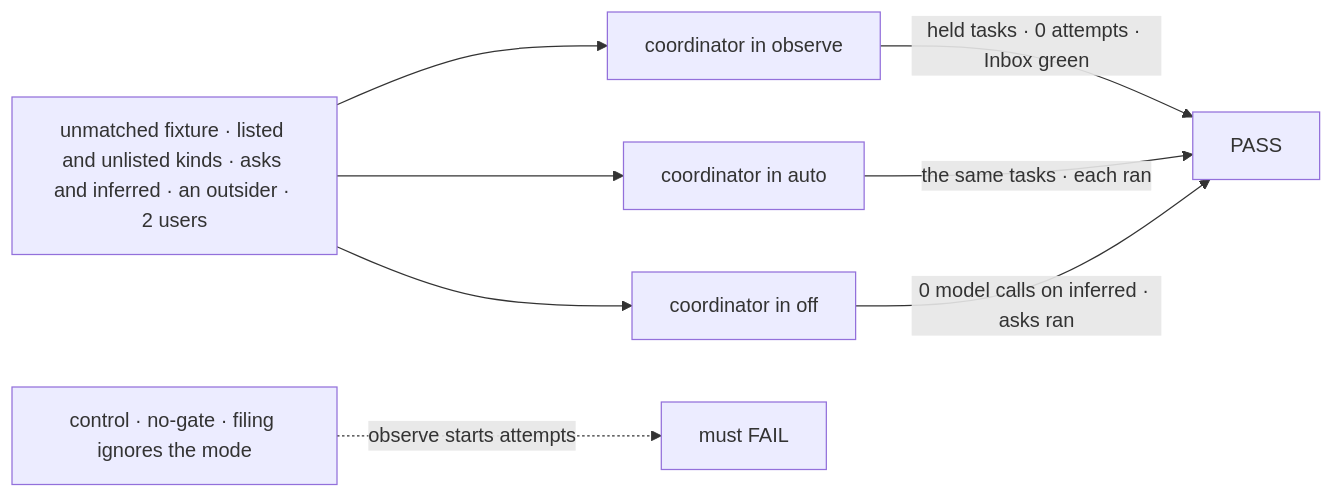
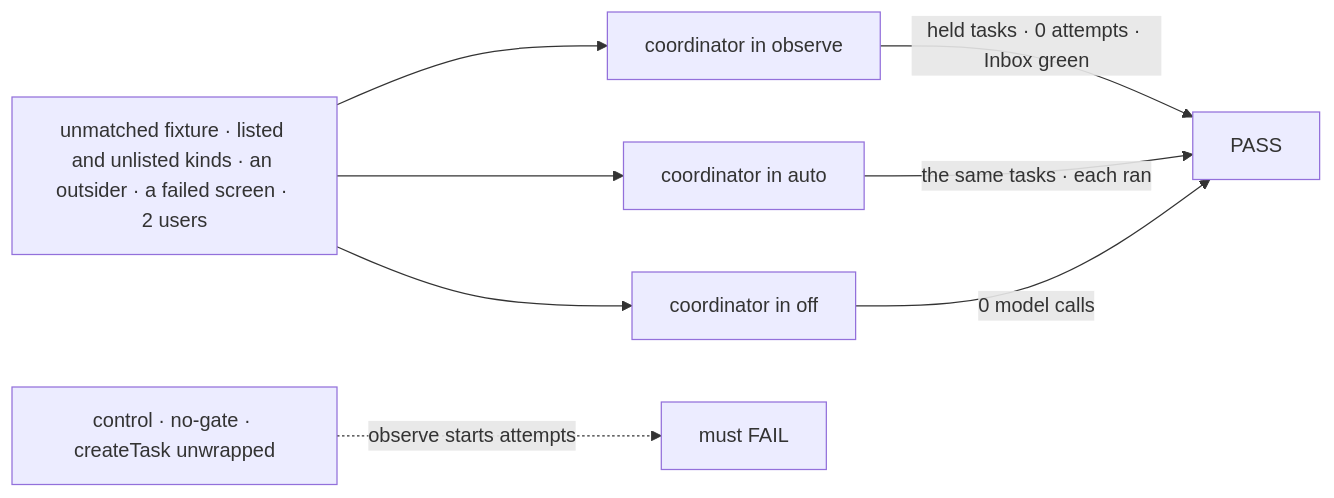
One commit to fixpoint-labs/flow-state-dev changed the first of 3 diagrams in specs/issues/FIX-2538/SPEC.md. Above: the diagram before and after it, drawn with Mermaid. The commit also changed other lines of this file and 4 other files, not shown here.

````diff
--- a/specs/issues/FIX-2538/SPEC.md
+++ b/specs/issues/FIX-2538/SPEC.md
@@ -31,10 +32,10 @@
 ```mermaid
 flowchart LR
-  F["unmatched fixture · listed and unlisted kinds · asks and inferred · an outsider · 2 users"] --> O["coordinator in observe"]
+  F["unmatched fixture · listed and unlisted kinds · an outsider · a failed screen · 2 users"] --> O["coordinator in observe"]
   F --> A["coordinator in auto"]
   F --> X["coordinator in off"]
   O -->|"held tasks · 0 attempts · Inbox green"| P["PASS"]
   A -->|"the same tasks · each ran"| P
-  X -->|"0 model calls on inferred · asks ran"| P
-  C["control · no-gate · filing ignores the mode"] -.->|"observe starts attempts"| Q["must FAIL"]
+  X -->|"0 model calls"| P
+  C["control · no-gate · createTask unwrapped"] -.->|"observe starts attempts"| Q["must FAIL"]
 ```
````
